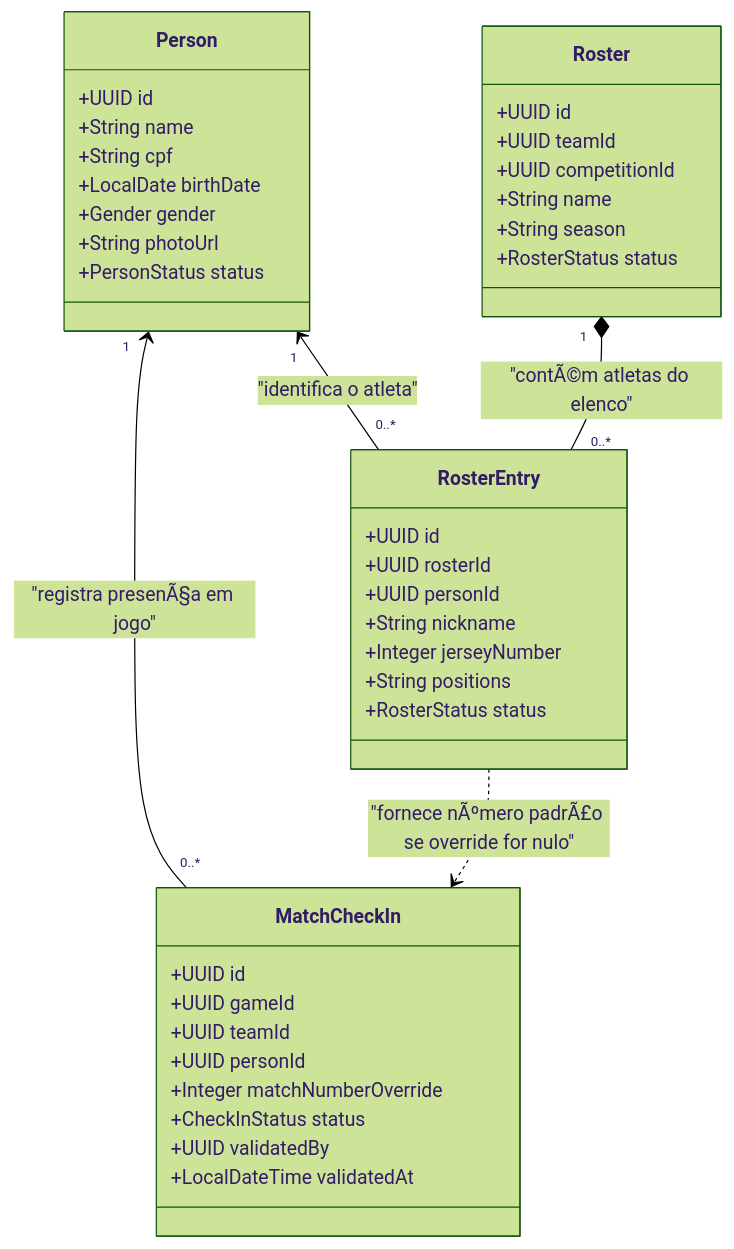
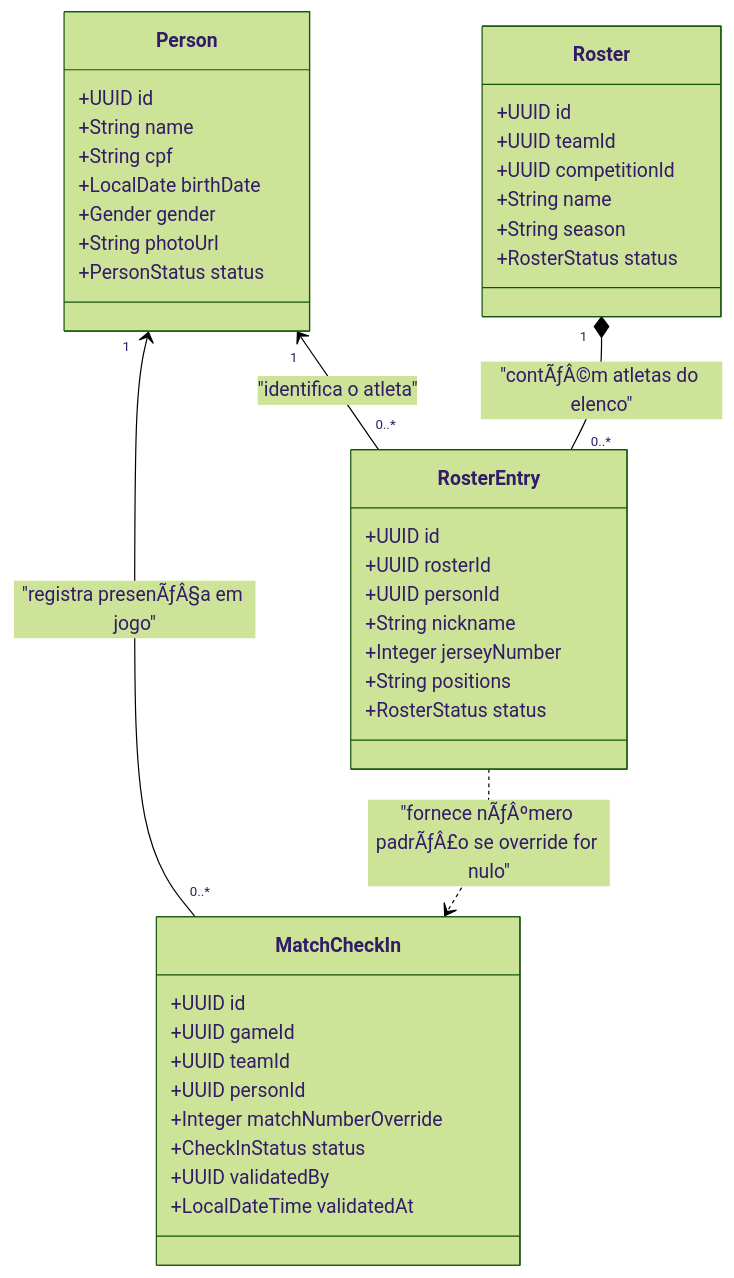
The second of 3 diagrams in architecture/analise-profunda-conflitos-e-incoerencias-modelo-dados.md (cesargranelli/flag_platform_docs), drawn with Mermaid (forest theme) before and after one commit. The commit also changed other lines of this file, not shown here.

Commit message:
docs(architecture): consolida conclusao das fases 1, 2 e 3 da normalizacao do modelo de dados

````diff
--- a/architecture/analise-profunda-conflitos-e-incoerencias-modelo-dados.md
+++ b/architecture/analise-profunda-conflitos-e-incoerencias-modelo-dados.md
@@ -179,47 +179,47 @@
 ```mermaid
 classDiagram
     class Person {
         +UUID id
         +String name
         +String cpf
         +LocalDate birthDate
         +Gender gender
         +String photoUrl
         +PersonStatus status
     }
 
     class Roster {
         +UUID id
         +UUID teamId
         +UUID competitionId
         +String name
         +String season
         +RosterStatus status
     }
 
     class RosterEntry {
         +UUID id
         +UUID rosterId
         +UUID personId
         +String nickname
         +Integer jerseyNumber
         +String positions
         +RosterStatus status
     }
 
     class MatchCheckIn {
         +UUID id
         +UUID gameId
         +UUID teamId
         +UUID personId
         +Integer matchNumberOverride
         +CheckInStatus status
         +UUID validatedBy
         +LocalDateTime validatedAt
     }
 
     Person "1" <-- "0..*" RosterEntry : "identifica o atleta"
-    Roster "1" *-- "0..*" RosterEntry : "contÃ©m atletas do elenco"
-    Person "1" <-- "0..*" MatchCheckIn : "registra presenÃ§a em jogo"
-    RosterEntry ..> MatchCheckIn : "fornece nÃºmero padrÃ£o se override for nulo"
+    Roster "1" *-- "0..*" RosterEntry : "contÃƒÂ©m atletas do elenco"
+    Person "1" <-- "0..*" MatchCheckIn : "registra presenÃƒÂ§a em jogo"
+    RosterEntry ..> MatchCheckIn : "fornece nÃƒÂºmero padrÃƒÂ£o se override for nulo"
 ```
````
